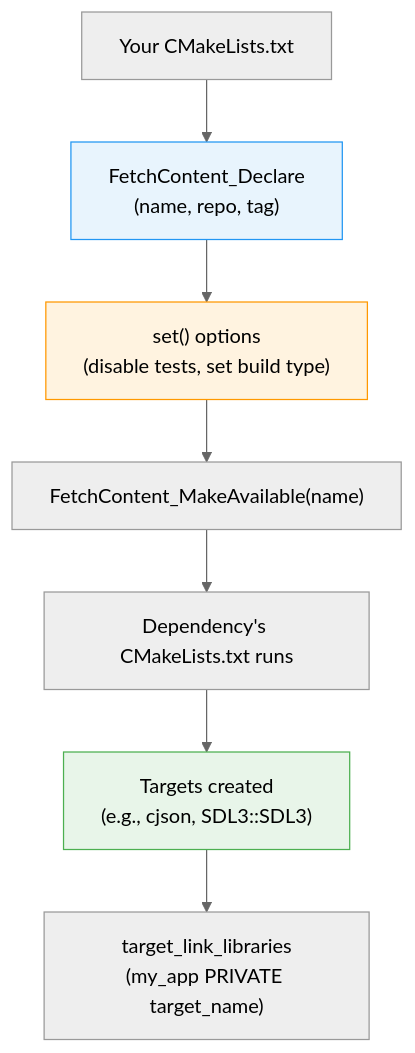
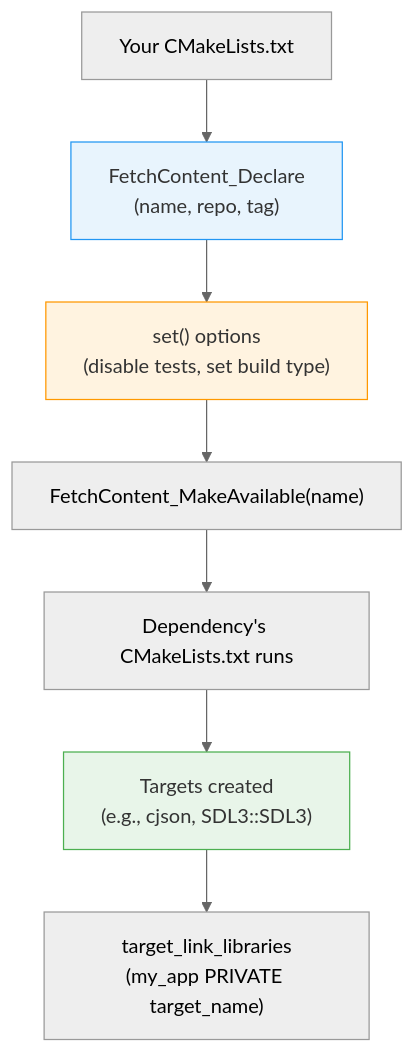
One commit to RosyGameStudio/forge-gpu changed the fourth of 5 diagrams in lessons/engine/03-fetchcontent-dependencies/README.md. Above: the diagram before and after it, drawn with Mermaid (neutral theme). The commit also changed other lines of this file, not shown here.

First line of the commit message:
Fix mermaid diagram text contrast for dark mode

````diff
--- a/lessons/engine/03-fetchcontent-dependencies/README.md
+++ b/lessons/engine/03-fetchcontent-dependencies/README.md
@@ -481,13 +481,13 @@
 ```mermaid
 flowchart TD
     A["Your CMakeLists.txt"] --> B["FetchContent_Declare\n(name, repo, tag)"]
     B --> C["set() options\n(disable tests, set build type)"]
     C --> D["FetchContent_MakeAvailable(name)"]
     D --> E["Dependency's CMakeLists.txt runs"]
     E --> F["Targets created\n(e.g., cjson, SDL3::SDL3)"]
     F --> G["target_link_libraries\n(my_app PRIVATE target_name)"]
 
-    style B fill:#e8f4fd,stroke:#2196F3
-    style C fill:#fff3e0,stroke:#FF9800
-    style F fill:#e8f5e9,stroke:#4CAF50
+    style B fill:#e8f4fd,stroke:#2196F3,color:#333
+    style C fill:#fff3e0,stroke:#FF9800,color:#333
+    style F fill:#e8f5e9,stroke:#4CAF50,color:#333
 ```
````
